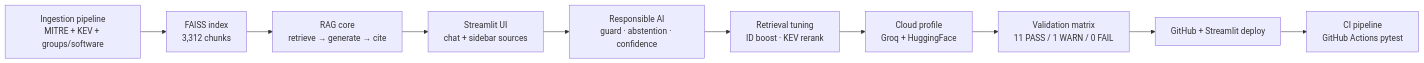
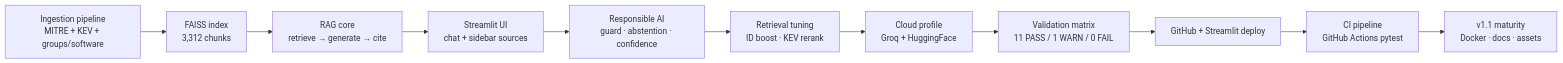
One commit to rvong65/threat-intelligence-assistant changed the diagram in README.md. Above: the diagram before and after it, drawn with Mermaid. The commit also changed other lines of this file and 12 other files, not shown here.

Commit message:
Ship v1.1.0: Docker, architecture docs, assets, CI, and UI polish

````diff
--- a/README.md
+++ b/README.md
@@ -301,12 +302,13 @@
 ```mermaid
 flowchart LR
     A[Ingestion pipeline<br/>MITRE + KEV + groups/software] --> B[FAISS index<br/>3,312 chunks]
     B --> C[RAG core<br/>retrieve → generate → cite]
     C --> D[Streamlit UI<br/>chat + sidebar sources]
     D --> E[Responsible AI<br/>guard · abstention · confidence]
     E --> F[Retrieval tuning<br/>ID boost · KEV rerank]
     F --> G[Cloud profile<br/>Groq + HuggingFace]
     G --> H[Validation matrix<br/>11 PASS / 1 WARN / 0 FAIL]
     H --> I[GitHub + Streamlit deploy]
     I --> J[CI pipeline<br/>GitHub Actions pytest]
+    J --> K[v1.1 maturity<br/>Docker · docs · assets]
 ```
````
